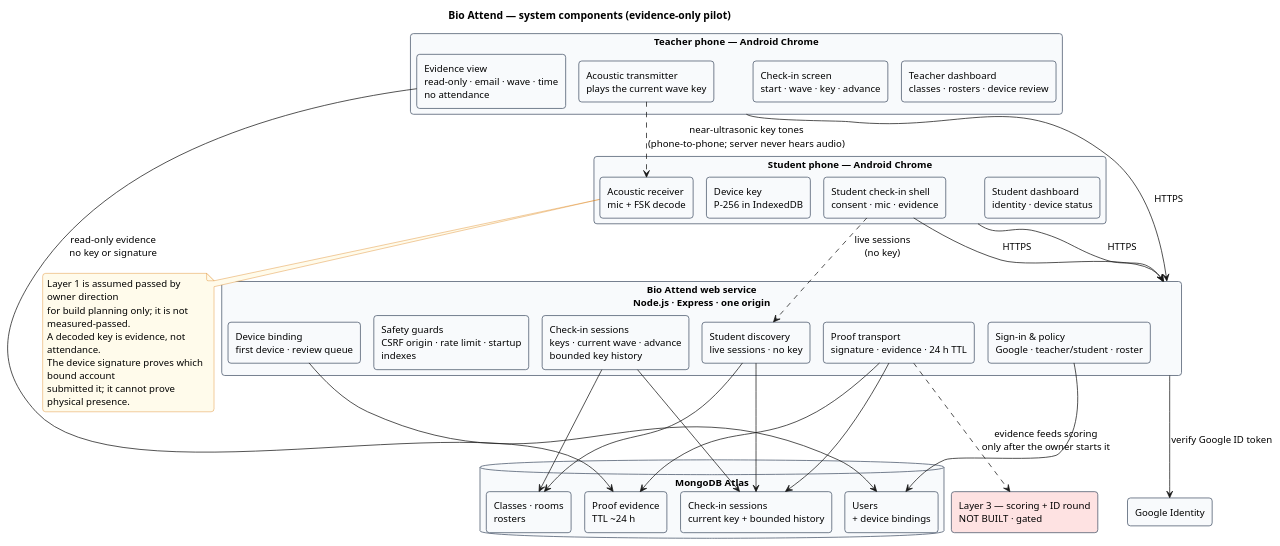
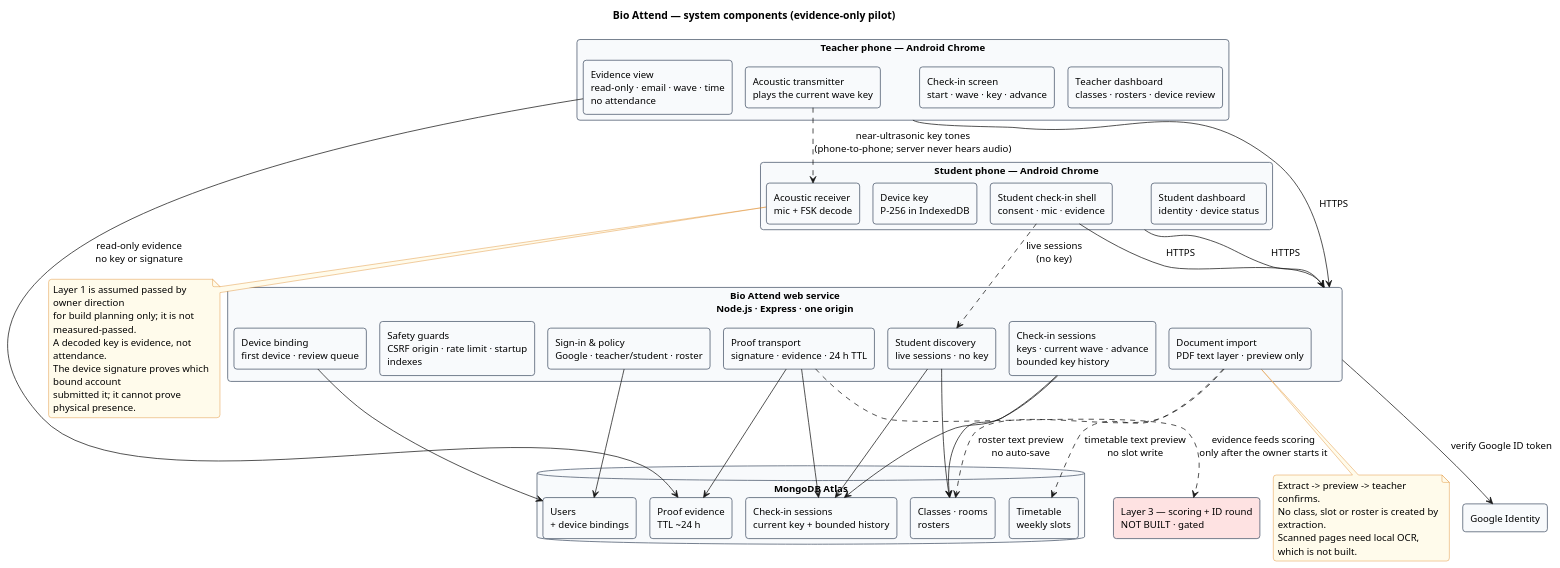
The diagram in docs/diagrams/system-components.puml (12SHIVANSH-SINGH/Capstone-7th-sem), drawn with PlantUML before and after one commit. The commit also changed 26 other files, not shown here.

```diff
--- a/docs/diagrams/system-components.puml
+++ b/docs/diagrams/system-components.puml
@@ -1,83 +1,93 @@
 @startuml
 !pragma layout smetana
 title Bio Attend — system components (evidence-only pilot)
 
 skinparam defaultFontName "Arial"
 skinparam defaultFontSize 13
 skinparam shadowing false
 skinparam roundCorner 8
 skinparam wrapWidth 220
 skinparam rectangle {
   BackgroundColor #F8FAFC
   BorderColor #475569
   BorderThickness 1
 }
 skinparam database {
   BackgroundColor #F8FAFC
   BorderColor #475569
 }
 skinparam note {
   BackgroundColor #FFFBEB
   BorderColor #D97706
 }
 hide stereotype
 
 rectangle "Teacher phone — Android Chrome" as TP {
   rectangle "Teacher dashboard\nclasses · rosters · device review" as TD
   rectangle "Check-in screen\nstart · wave · key · advance" as TC
   rectangle "Evidence view\nread-only · email · wave · time\nno attendance" as TE
   rectangle "Acoustic transmitter\nplays the current wave key" as TX
 }
 
 rectangle "Student phone — Android Chrome" as SP {
   rectangle "Student dashboard\nidentity · device status" as SD
   rectangle "Student check-in shell\nconsent · mic · evidence" as SHELL
   rectangle "Acoustic receiver\nmic + FSK decode" as RX
   rectangle "Device key\nP-256 in IndexedDB" as DK
 }
 
 rectangle "Bio Attend web service\nNode.js · Express · one origin" as SRV {
   rectangle "Sign-in & policy\nGoogle · teacher/student · roster" as AUTH
   rectangle "Device binding\nfirst device · review queue" as BIND
   rectangle "Check-in sessions\nkeys · current wave · advance\nbounded key history" as SESS
   rectangle "Student discovery\nlive sessions · no key" as DISC
   rectangle "Proof transport\nsignature · evidence · 24 h TTL" as PROOF
+  rectangle "Document import\nPDF text layer · preview only" as DOC
   rectangle "Safety guards\nCSRF origin · rate limit · startup indexes" as GUARD
 }
 
 database "MongoDB Atlas" as DB {
   rectangle "Users\n+ device bindings" as U
   rectangle "Classes · rooms\nrosters" as C
   rectangle "Check-in sessions\ncurrent key + bounded history" as S
   rectangle "Proof evidence\nTTL ~24 h" as P
+  rectangle "Timetable\nweekly slots" as T
 }
 
 rectangle "Google Identity" as G
 rectangle "Layer 3 — scoring + ID round\nNOT BUILT · gated" as L3 #FEE2E2
 
 TP --> SRV : HTTPS
 SP --> SRV : HTTPS
 SHELL --> SRV : HTTPS
 SHELL ..> DISC : live sessions\n(no key)
 TX ..> RX : near-ultrasonic key tones\n(phone-to-phone; server never hears audio)
 SRV --> G : verify Google ID token
 AUTH --> U
 BIND --> U
 SESS --> C
 SESS --> S
 TE --> P : read-only evidence\nno key or signature
 DISC --> C
 DISC --> S
 PROOF --> S
 PROOF --> P
+DOC ..> C : roster text preview\nno auto-save
+DOC ..> T : timetable text preview\nno slot write
 PROOF ..> L3 : evidence feeds scoring\nonly after the owner starts it
 
 note bottom of RX
   Layer 1 is assumed passed by owner direction
   for build planning only; it is not measured-passed.
   A decoded key is evidence, not attendance.
   The device signature proves which bound account
   submitted it; it cannot prove physical presence.
 end note
 
+note bottom of DOC
+  Extract -> preview -> teacher confirms.
+  No class, slot or roster is created by extraction.
+  Scanned pages need local OCR, which is not built.
+end note
+
 @enduml
```
